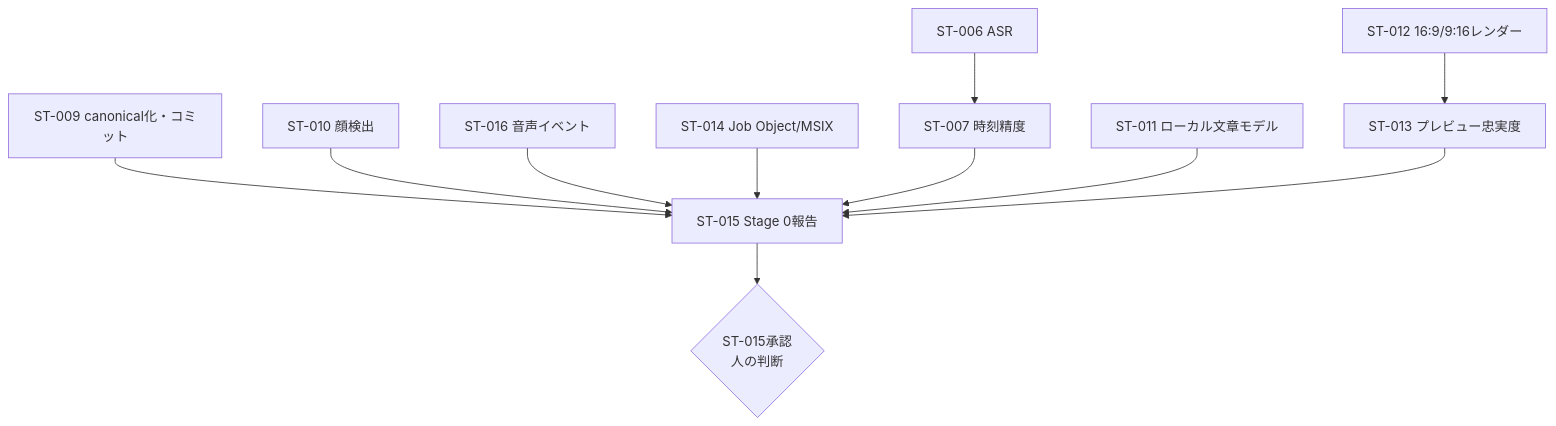
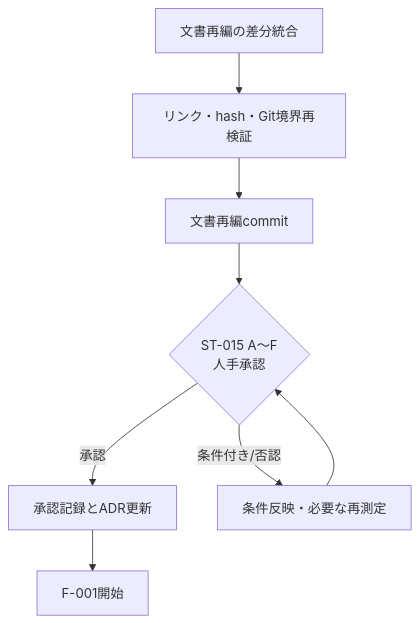
The diagram in work/20260807-0742-TaskExecutionPlan.md (dahatake/HubRadio-MovieCreator), drawn with Mermaid before and after one commit. The commit also changed other lines of this file and 26 other files, not shown here.

````diff
--- a/work/20260807-0742-TaskExecutionPlan.md
+++ b/work/20260807-0742-TaskExecutionPlan.md
@@ -64,18 +82,10 @@
 ```mermaid
 flowchart TD
-    A0[ST-009 canonical化・コミット]
-    A1[ST-010 顔検出]
-    A2[ST-016 音声イベント]
-    A3[ST-014 Job Object/MSIX]
-    A4[ST-006 ASR] --> A5[ST-007 時刻精度]
-    A6[ST-011 ローカル文章モデル]
-    A7[ST-012 16:9/9:16レンダー] --> A8[ST-013 プレビュー忠実度]
-    A0 --> A9[ST-015 Stage 0報告]
-    A1 --> A9
-    A2 --> A9
-    A3 --> A9
-    A5 --> A9
-    A6 --> A9
-    A8 --> A9
-    A9 --> G0{ST-015承認<br/>人の判断}
+    D0[文書再編の差分統合] --> D1[リンク・hash・Git境界再検証]
+    D1 --> D2[文書再編commit]
+    D2 --> G0{ST-015 A〜F<br/>人手承認}
+    G0 -->|承認| A0[承認記録とADR更新]
+    G0 -->|条件付き/否認| A1[条件反映・必要な再測定]
+    A1 --> G0
+    A0 --> F0[F-001開始]
 ```
````
